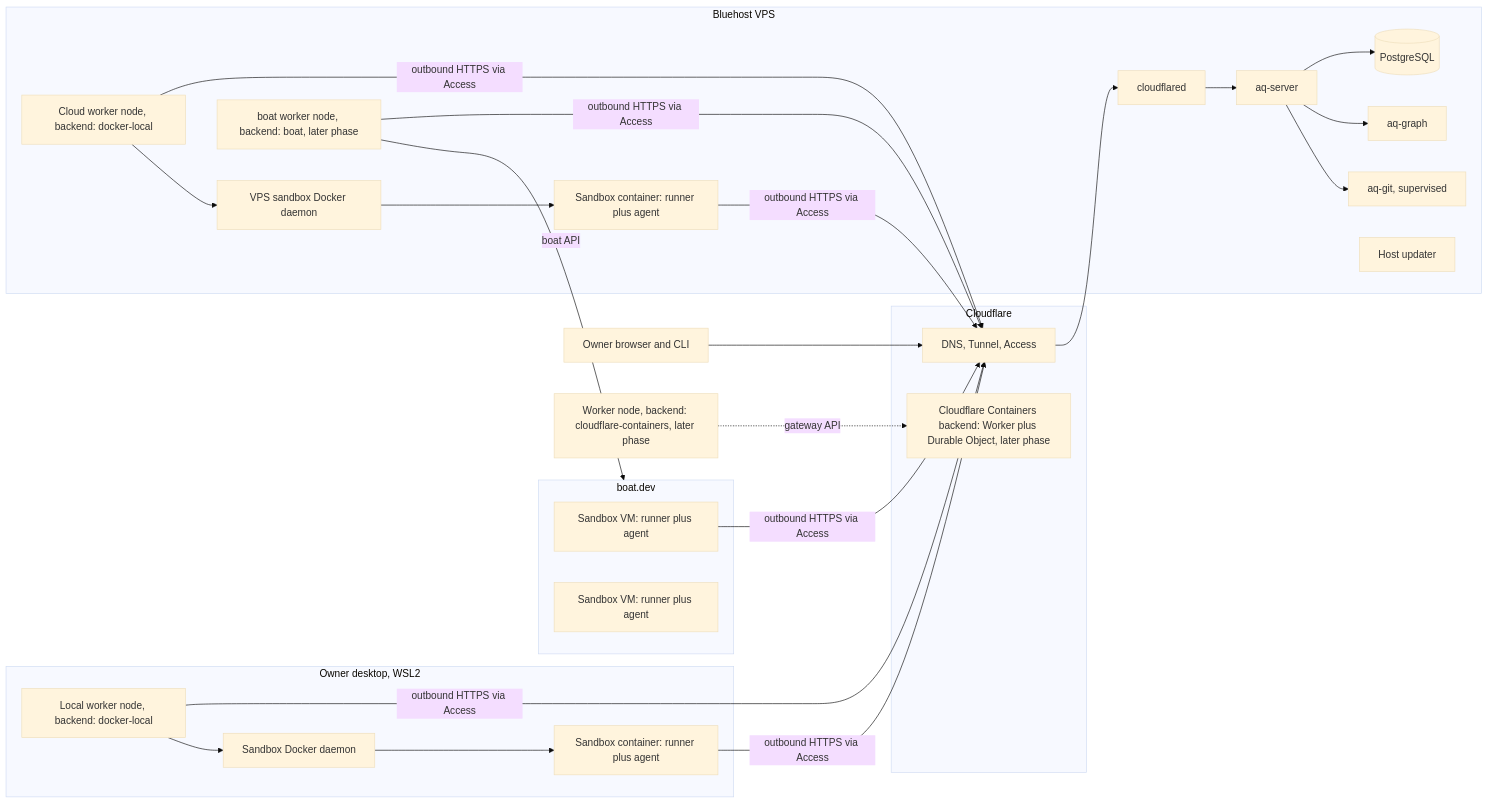
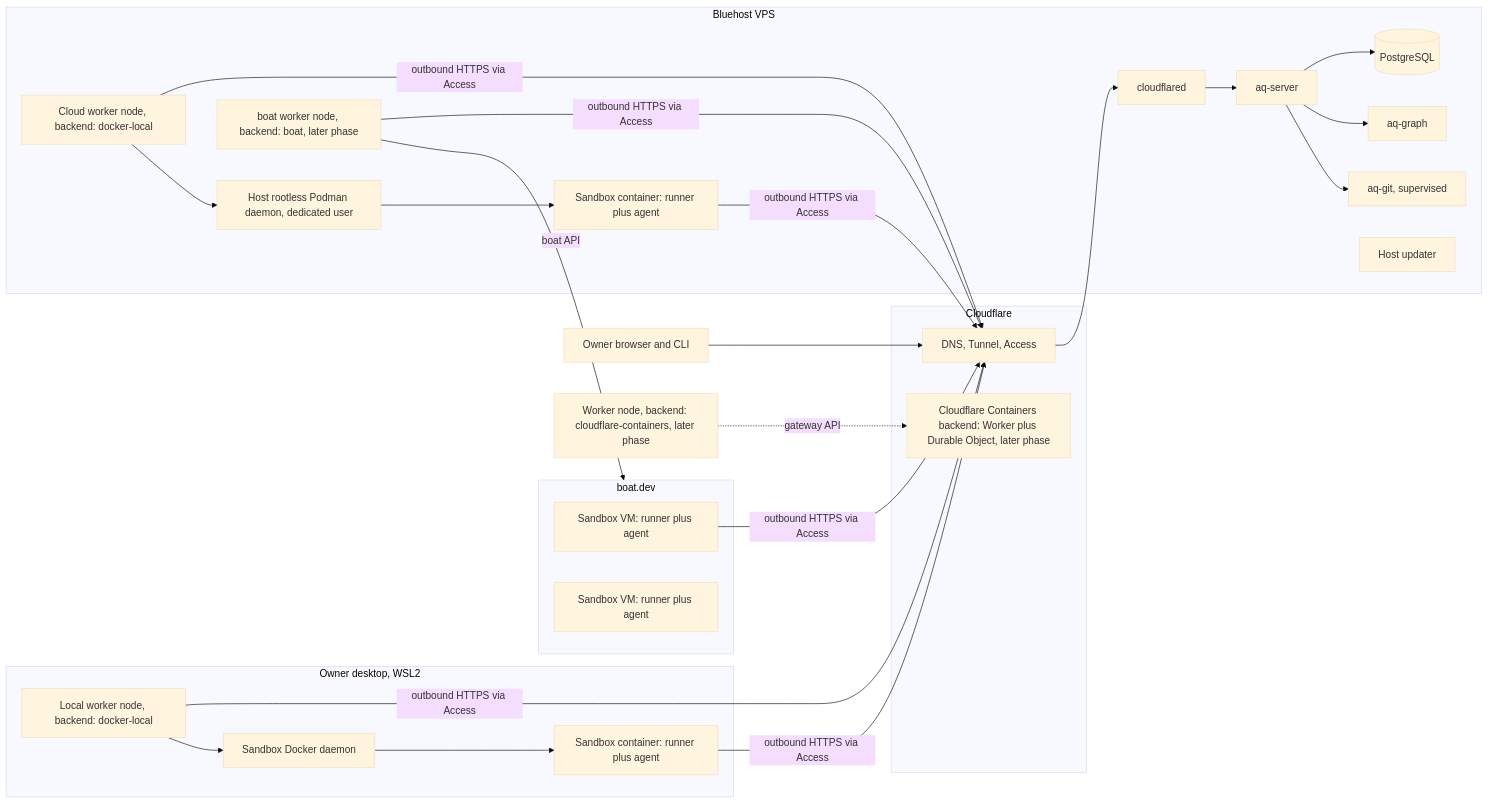
Before and after one commit to ElectricJack/agent-q: the diagram in docs/architecture/0005-sandboxed-execution-and-deployment-topology.md, drawn with Mermaid (base theme). The commit also changed other lines of this file, not shown here.

Commit message:
docs: align sandbox topology with E1c host daemon decision

````diff
--- a/docs/architecture/0005-sandboxed-execution-and-deployment-topology.md
+++ b/docs/architecture/0005-sandboxed-execution-and-deployment-topology.md
@@ -60,38 +60,38 @@
 ```mermaid
 flowchart LR
     subgraph CF[Cloudflare]
         Access[DNS, Tunnel, Access]
         CFC[Cloudflare Containers backend: Worker plus Durable Object, later phase]
     end
     subgraph VPS[Bluehost VPS]
         cloudflared --> Server[aq-server]
         Server --> PG[(PostgreSQL)]
         Server --> Graph[aq-graph]
         Server --> Git[aq-git, supervised]
         CW[Cloud worker node, backend: docker-local]
-        VSD[VPS sandbox Docker daemon]
+        VSD[Host rootless Podman daemon, dedicated user]
         V1[Sandbox container: runner plus agent]
         BW[boat worker node, backend: boat, later phase]
         Updater[Host updater]
     end
     subgraph Boat[boat.dev]
         B1[Sandbox VM: runner plus agent]
         B2[Sandbox VM: runner plus agent]
     end
     subgraph Desk[Owner desktop, WSL2]
         LW[Local worker node, backend: docker-local]
         SD[Sandbox Docker daemon]
         L1[Sandbox container: runner plus agent]
     end
     Browser[Owner browser and CLI] --> Access --> cloudflared
     CW -->|outbound HTTPS via Access| Access
     LW -->|outbound HTTPS via Access| Access
     BW -->|outbound HTTPS via Access| Access
     V1 -->|outbound HTTPS via Access| Access
     B1 -->|outbound HTTPS via Access| Access
     L1 -->|outbound HTTPS via Access| Access
     CW --> VSD --> V1
     BW -->|boat API| Boat
     LW --> SD --> L1
     CFW[Worker node, backend: cloudflare-containers, later phase] -.->|gateway API| CFC
 ```
````
